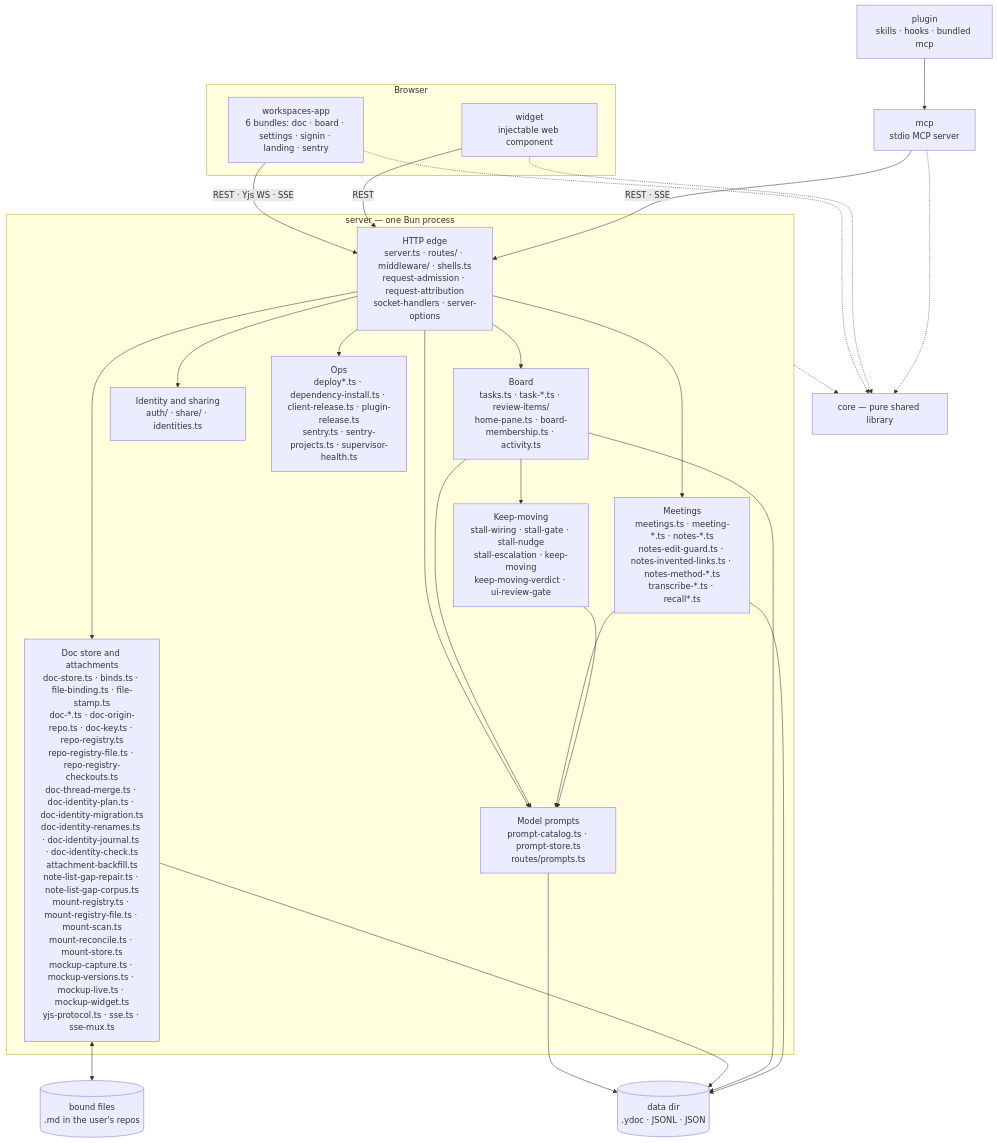
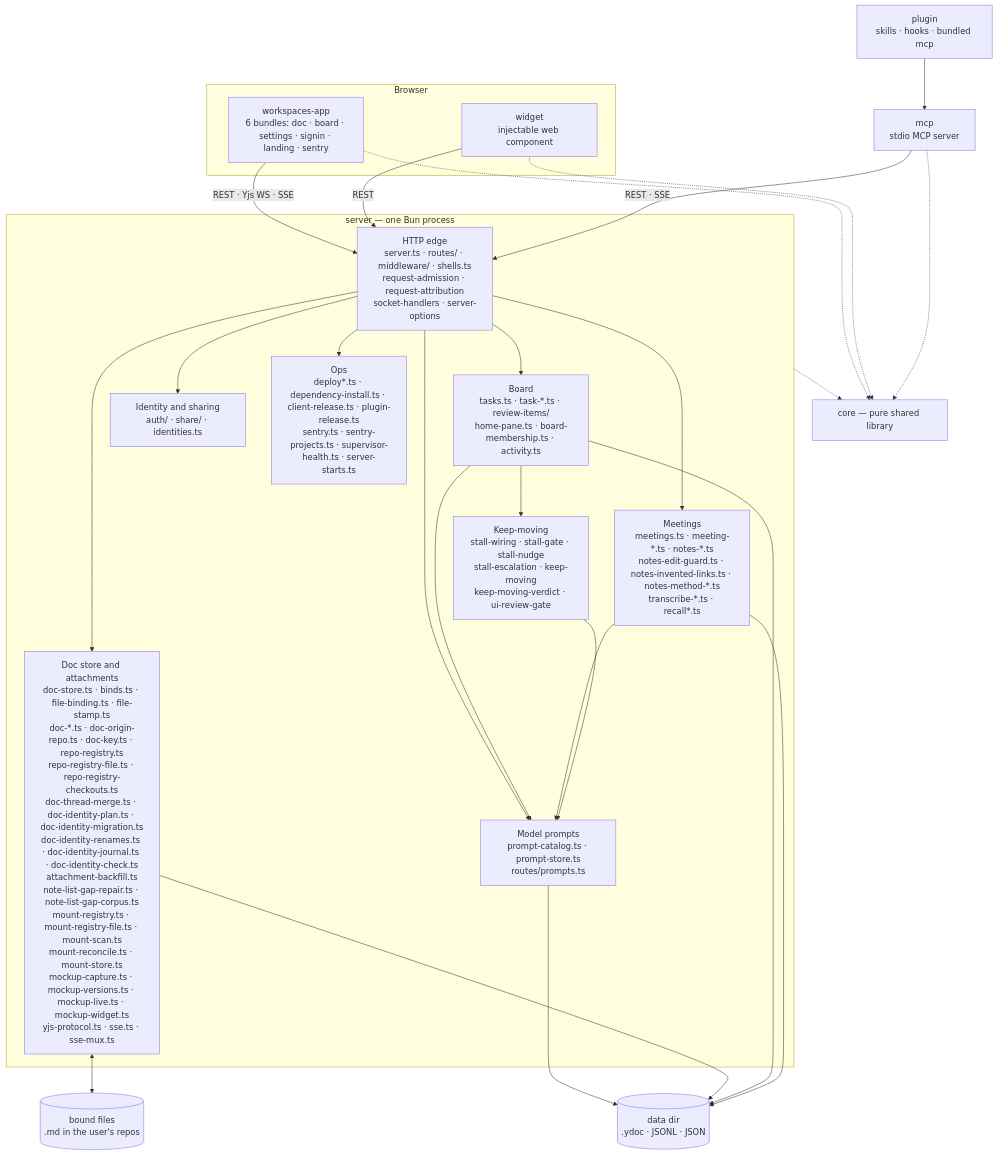
The first of 2 diagrams in docs/architecture/overview.md (fryanpan/claude-workspaces-plugin), drawn with Mermaid before and after one commit. The commit also changed other lines of this file and 10 other files, not shown here.

First line of the commit message:
Every server start is on record, and the deploy log keeps more than the last deploy

````diff
--- a/docs/architecture/overview.md
+++ b/docs/architecture/overview.md
@@ -45,35 +45,35 @@
 ```mermaid
 flowchart TB
   subgraph browser[Browser]
     app["workspaces-app<br/>6 bundles: doc · board · settings · signin · landing · sentry"]
     wid["widget<br/>injectable web component"]
   end
   plug["plugin<br/>skills · hooks · bundled mcp"]
   mcp["mcp<br/>stdio MCP server"]
   subgraph srv["server — one Bun process"]
     edge["HTTP edge<br/>server.ts · routes/ · middleware/ · shells.ts<br/>request-admission · request-attribution<br/>socket-handlers · server-options"]
     docs["Doc store and attachments<br/>doc-store.ts · binds.ts · file-binding.ts · file-stamp.ts<br/>doc-*.ts · doc-origin-repo.ts · doc-key.ts · repo-registry.ts<br/>repo-registry-file.ts · repo-registry-checkouts.ts<br/>doc-thread-merge.ts · doc-identity-plan.ts · doc-identity-migration.ts<br/>doc-identity-renames.ts · doc-identity-journal.ts · doc-identity-check.ts<br/>attachment-backfill.ts<br/>note-list-gap-repair.ts · note-list-gap-corpus.ts<br/>mount-registry.ts · mount-registry-file.ts · mount-scan.ts<br/>mount-reconcile.ts · mount-store.ts<br/>mockup-capture.ts · mockup-versions.ts · mockup-live.ts · mockup-widget.ts<br/>yjs-protocol.ts · sse.ts · sse-mux.ts"]
     board["Board<br/>tasks.ts · task-*.ts · review-items/<br/>home-pane.ts · board-membership.ts · activity.ts"]
     meet["Meetings<br/>meetings.ts · meeting-*.ts · notes-*.ts<br/>notes-edit-guard.ts · notes-invented-links.ts · notes-method-*.ts<br/>transcribe-*.ts · recall*.ts"]
     keep["Keep-moving<br/>stall-wiring · stall-gate · stall-nudge<br/>stall-escalation · keep-moving<br/>keep-moving-verdict · ui-review-gate"]
     ident["Identity and sharing<br/>auth/ · share/ · identities.ts"]
     prompts["Model prompts<br/>prompt-catalog.ts · prompt-store.ts<br/>routes/prompts.ts"]
-    ops["Ops<br/>deploy*.ts · dependency-install.ts · client-release.ts · plugin-release.ts<br/>sentry.ts · sentry-projects.ts · supervisor-health.ts"]
+    ops["Ops<br/>deploy*.ts · dependency-install.ts · client-release.ts · plugin-release.ts<br/>sentry.ts · sentry-projects.ts · supervisor-health.ts · server-starts.ts"]
   end
   core["core — pure shared library"]
   disk[("data dir<br/>.ydoc · JSONL · JSON")]
   files[("bound files<br/>.md in the user's repos")]
 
   app -->|"REST · Yjs WS · SSE"| edge
   wid -->|REST| edge
   plug --> mcp
   mcp -->|"REST · SSE"| edge
   edge --> docs & board & meet & ident & ops & prompts
   board & meet & keep --> prompts
   prompts --> disk
   board --> keep
   docs <--> files
   docs & board & meet --> disk
   app & wid & mcp -.-> core
   srv -.-> core
 ```
````
